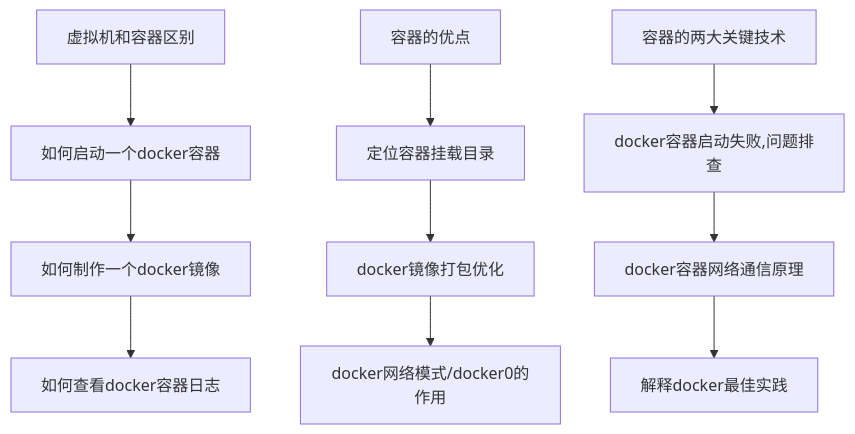
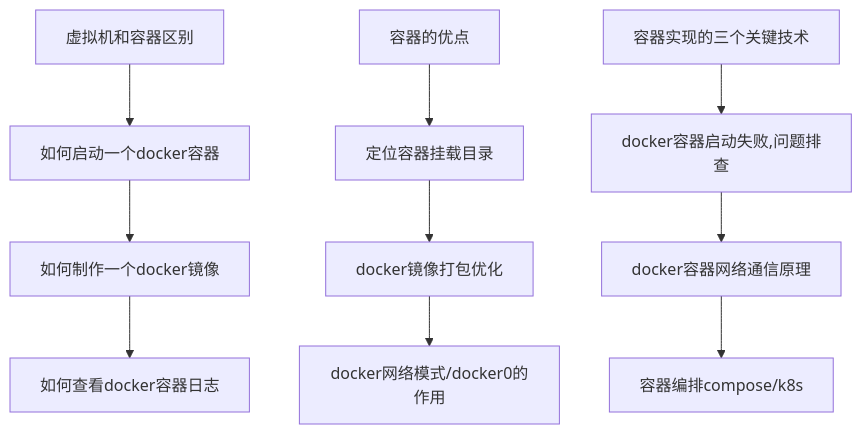
Diagram 12 of 15 in interview_flow.md (Roxas/article), drawn with Mermaid before and after one commit.

Commit message:
* 更新题库

````diff
--- a/interview_flow.md
+++ b/interview_flow.md
@@ -135,6 +135,6 @@
 ```mermaid
 graph TB
     a[虚拟机和容器区别] --> d[如何启动一个docker容器] --> g[如何制作一个docker镜像] --> j[如何查看docker容器日志]
     b[容器的优点] --> e[定位容器挂载目录] --> h[docker镜像打包优化] --> k[docker网络模式/docker0的作用]
-    c[容器的两大关键技术] --> f[docker容器启动失败,问题排查] --> i[docker容器网络通信原理] --> l[解释docker最佳实践]
+    c[容器实现的三个关键技术] --> f[docker容器启动失败,问题排查] --> i[docker容器网络通信原理] --> l[容器编排compose/k8s]
 ```
````
